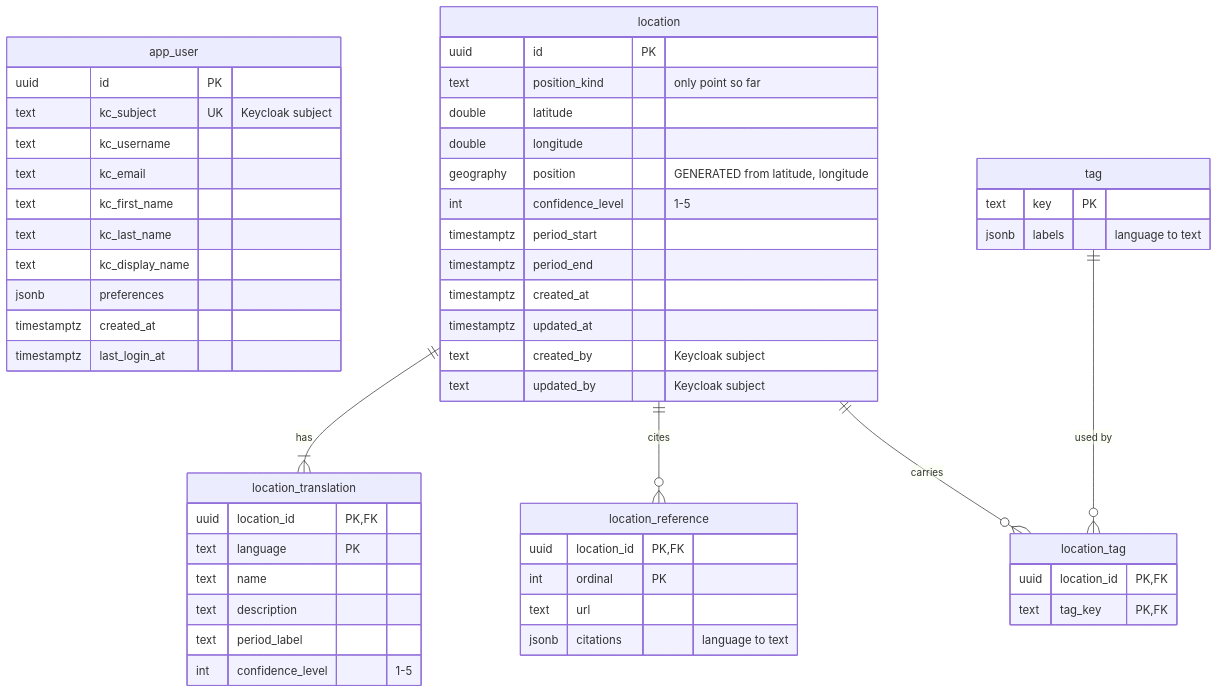
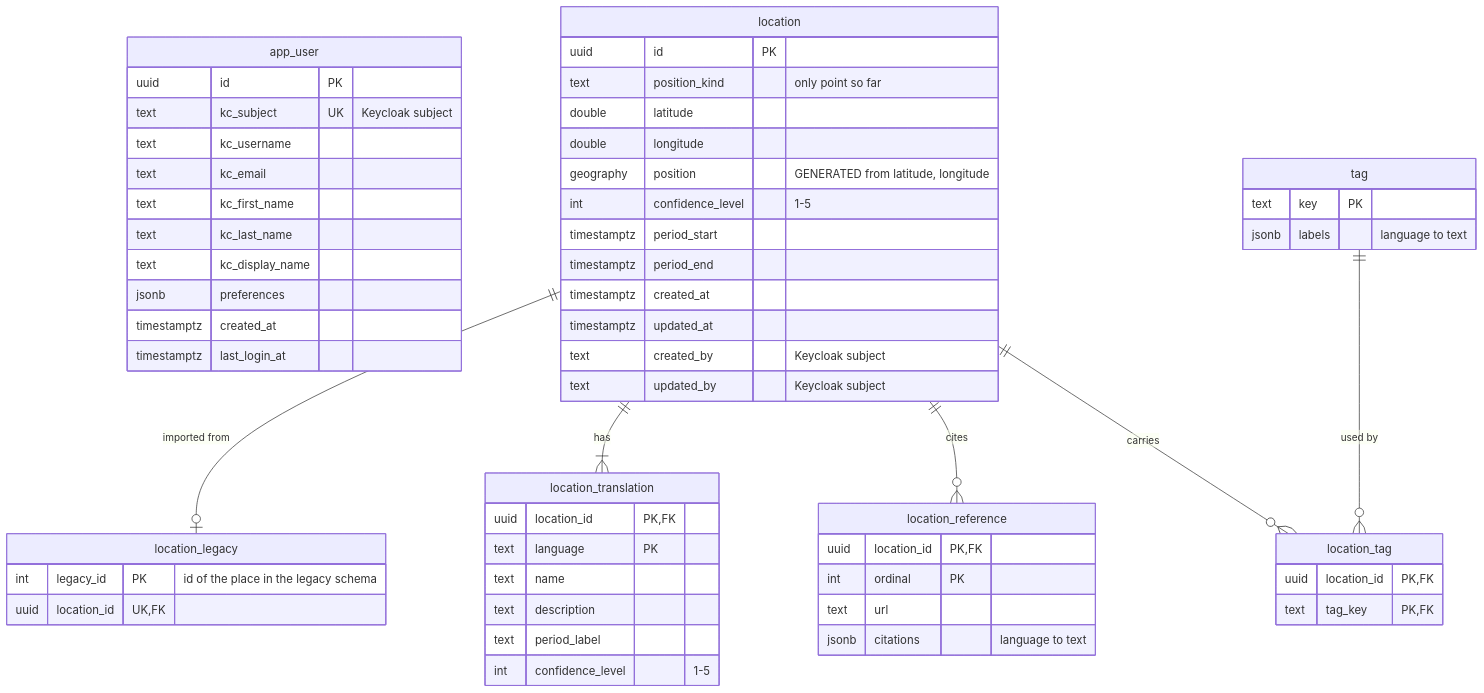
Before and after one commit to avarcorg/avarc-server: the diagram in spec/datamodel-diagram.md, drawn with Mermaid. The commit also changed other lines of this file, not shown here.

Commit message:
Show the legacy link table in the data model diagram (AVARC-50)

````diff
--- a/spec/datamodel-diagram.md
+++ b/spec/datamodel-diagram.md
@@ -12,61 +12,67 @@
 ```mermaid
 erDiagram
     app_user {
         uuid id PK
         text kc_subject UK "Keycloak subject"
         text kc_username
         text kc_email
         text kc_first_name
         text kc_last_name
         text kc_display_name
         jsonb preferences
         timestamptz created_at
         timestamptz last_login_at
     }
 
     location {
         uuid id PK
         text position_kind "only point so far"
         double latitude
         double longitude
         geography position "GENERATED from latitude, longitude"
         int confidence_level "1-5"
         timestamptz period_start
         timestamptz period_end
         timestamptz created_at
         timestamptz updated_at
         text created_by "Keycloak subject"
         text updated_by "Keycloak subject"
     }
 
     location_translation {
         uuid location_id PK, FK
         text language PK
         text name
         text description
         text period_label
         int confidence_level "1-5"
     }
 
     location_reference {
         uuid location_id PK, FK
         int ordinal PK
         text url
         jsonb citations "language to text"
     }
 
     tag {
         text key PK
         jsonb labels "language to text"
     }
 
     location_tag {
         uuid location_id PK, FK
         text tag_key PK, FK
     }
 
+    location_legacy {
+        int legacy_id PK "id of the place in the legacy schema"
+        uuid location_id UK, FK
+    }
+
+    location ||--o| location_legacy : "imported from"
     location ||--|{ location_translation : "has"
     location ||--o{ location_reference : "cites"
     location ||--o{ location_tag : "carries"
     tag ||--o{ location_tag : "used by"
 ```
````
